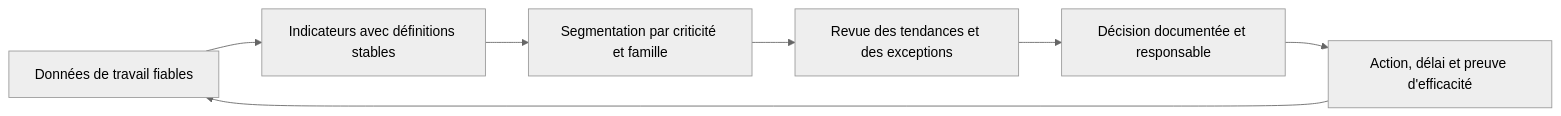
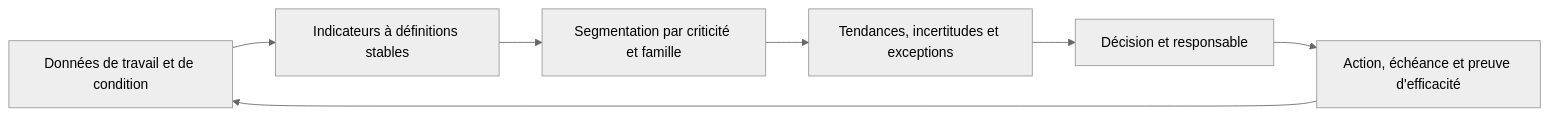
The eighth of 16 diagrams in content/lessons/maint-strategie-expert.md (biggyseven/Skill-Tree), drawn with Mermaid (neutral theme) before and after one commit. The commit also changed other lines of this file, not shown here.

```diff
--- a/content/lessons/maint-strategie-expert.md
+++ b/content/lessons/maint-strategie-expert.md
@@ -158,9 +156,9 @@
 ~~~mermaid
 flowchart LR
-  A["Données de travail fiables"] --> B["Indicateurs avec définitions stables"]
+  A["Données de travail et de condition"] --> B["Indicateurs à définitions stables"]
   B --> C["Segmentation par criticité et famille"]
-  C --> D["Revue des tendances et des exceptions"]
-  D --> E["Décision documentée et responsable"]
-  E --> F["Action, délai et preuve d'efficacité"]
+  C --> D["Tendances, incertitudes et exceptions"]
+  D --> E["Décision et responsable"]
+  E --> F["Action, échéance et preuve d'efficacité"]
   F --> A
 ~~~
```
